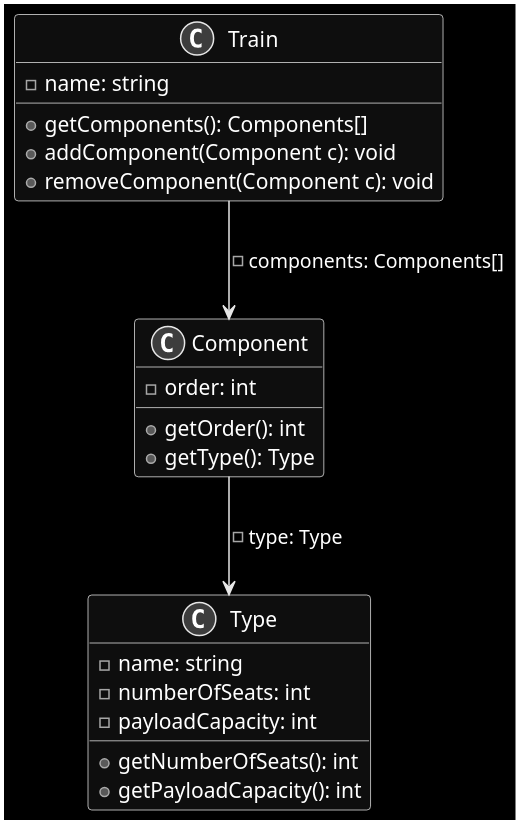
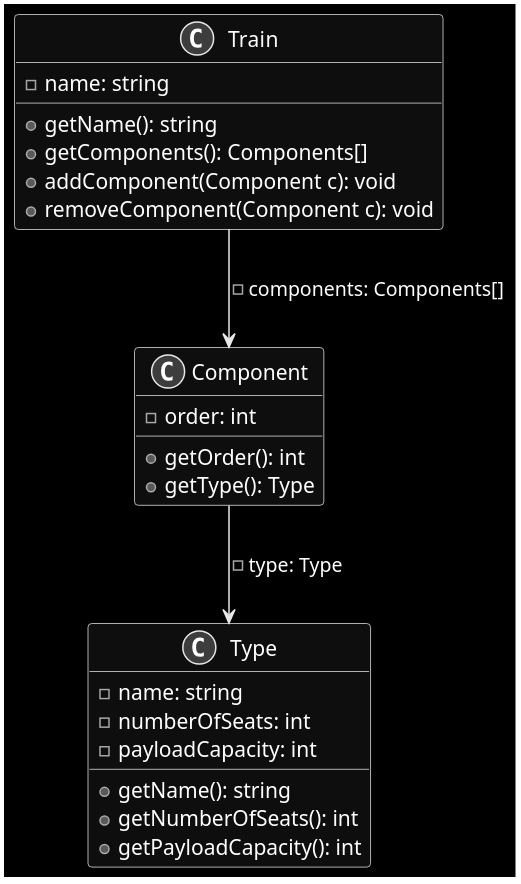
The diagram in README.md (LSVH/hbo-ict-pafr-rich-rail), drawn with PlantUML before and after one commit. The commit also changed 13 other files, not shown here.

````diff
--- a/README.md
+++ b/README.md
@@ -31,27 +31,29 @@
 ```plantuml:simpel-klassendiagram
 skinparam monochrome reverse
 
 class Train {
   - name: string
+  + getName(): string
   + getComponents(): Components[]
   + addComponent(Component c): void
   + removeComponent(Component c): void
 }
 
 class Type {
   - name: string
   - numberOfSeats: int
   - payloadCapacity: int
+  + getName(): string
   + getNumberOfSeats(): int
   + getPayloadCapacity(): int
 }
 
 class Component {
   - order: int
   + getOrder(): int
   + getType(): Type
 }
 
 Train --> Component: - components: Components[]
 Component --> Type: - type: Type
 ```
````
